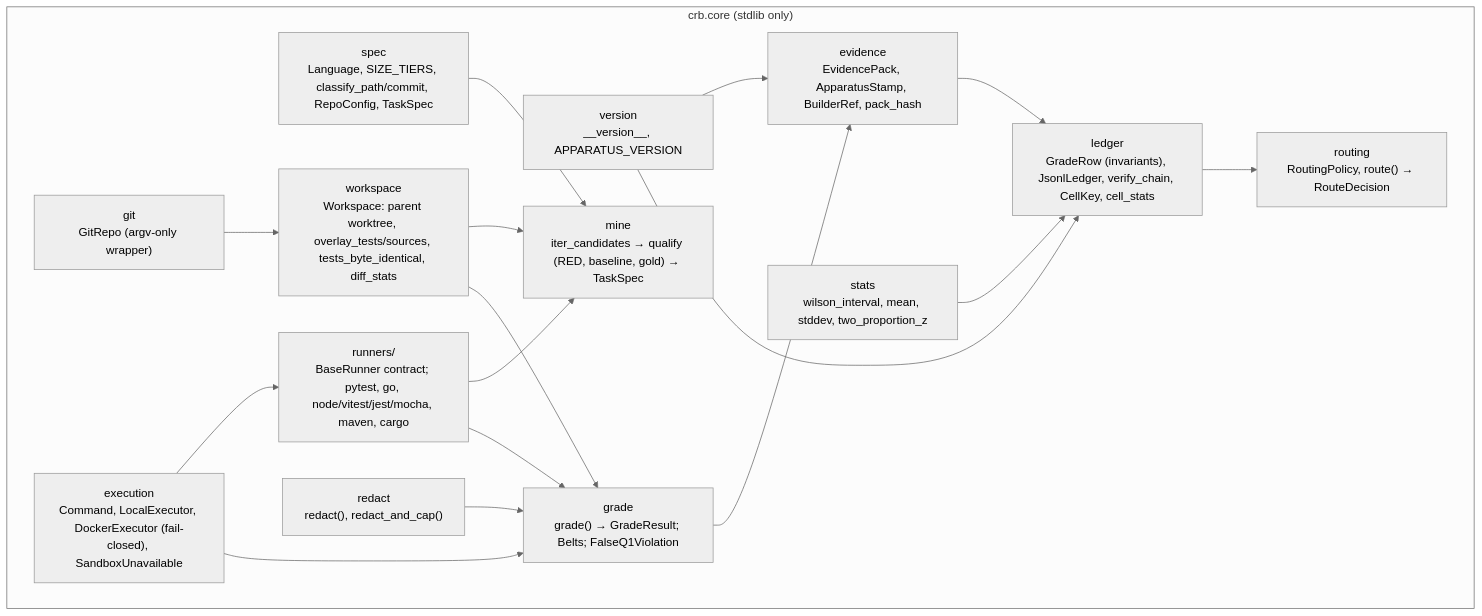
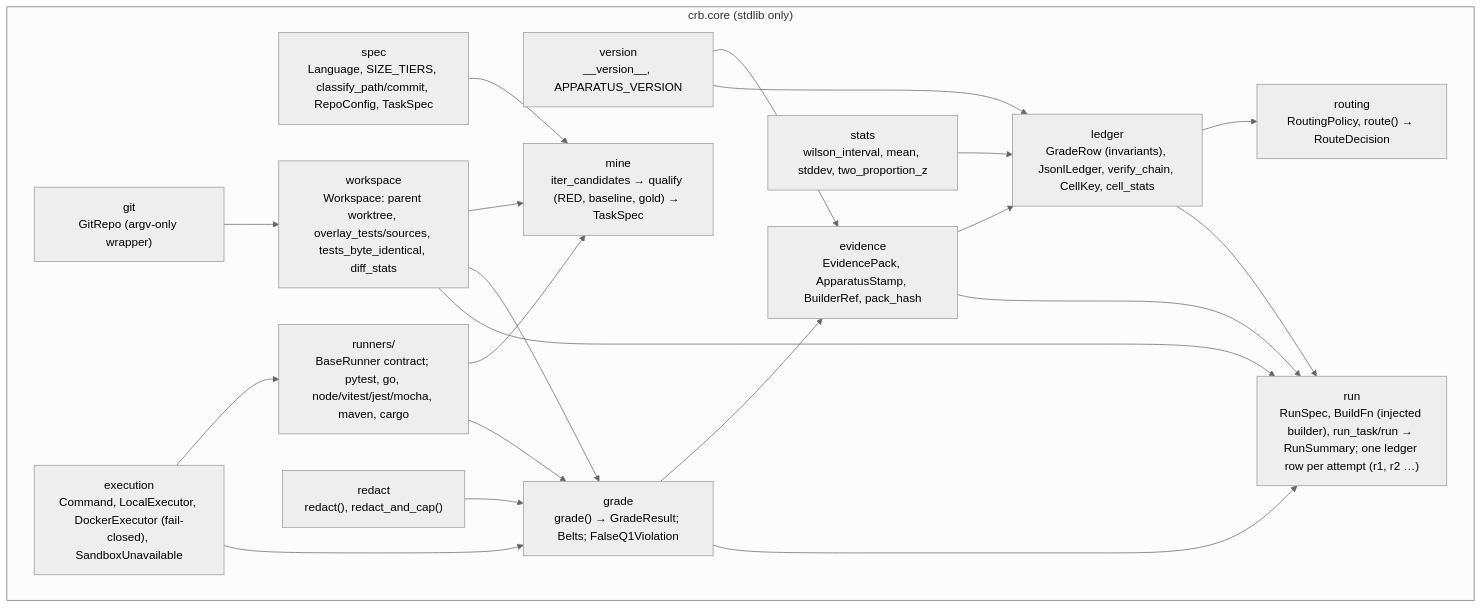
The third of 8 diagrams in docs/ARCHITECTURE.md (Jita81/commit-replay-bench), drawn with Mermaid (neutral theme) before and after one commit. The commit also changed other lines of this file and 2 other files, not shown here.

````diff
--- a/docs/ARCHITECTURE.md
+++ b/docs/ARCHITECTURE.md
@@ -139,29 +139,34 @@
 ```mermaid
 flowchart TB
     subgraph core["crb.core (stdlib only)"]
         version["version<br/>__version__, APPARATUS_VERSION"]
         spec["spec<br/>Language, SIZE_TIERS, classify_path/commit, RepoConfig, TaskSpec"]
         git["git<br/>GitRepo (argv-only wrapper)"]
         exec["execution<br/>Command, LocalExecutor, DockerExecutor (fail-closed), SandboxUnavailable"]
         runners["runners/<br/>BaseRunner contract; pytest, go, node/vitest/jest/mocha, maven, cargo"]
         ws["workspace<br/>Workspace: parent worktree, overlay_tests/sources, tests_byte_identical, diff_stats"]
         mine["mine<br/>iter_candidates → qualify (RED, baseline, gold) → TaskSpec"]
         grade["grade<br/>grade() → GradeResult; Belts; FalseQ1Violation"]
         redact["redact<br/>redact(), redact_and_cap()"]
         evidence["evidence<br/>EvidencePack, ApparatusStamp, BuilderRef, pack_hash"]
         ledger["ledger<br/>GradeRow (invariants), JsonlLedger, verify_chain, CellKey, cell_stats"]
         stats["stats<br/>wilson_interval, mean, stddev, two_proportion_z"]
         routing["routing<br/>RoutingPolicy, route() → RouteDecision"]
+        run["run<br/>RunSpec, BuildFn (injected builder), run_task/run → RunSummary; one ledger row per attempt (r1, r2 …)"]
     end
     spec --> mine
     git --> ws --> mine
     exec --> runners --> mine
     runners --> grade
     ws --> grade
     exec --> grade
     redact --> grade
     grade --> evidence --> ledger
     stats --> ledger --> routing
     version --> evidence
     version --> ledger
+    ws --> run
+    grade --> run
+    evidence --> run
+    ledger --> run
 ```
````
